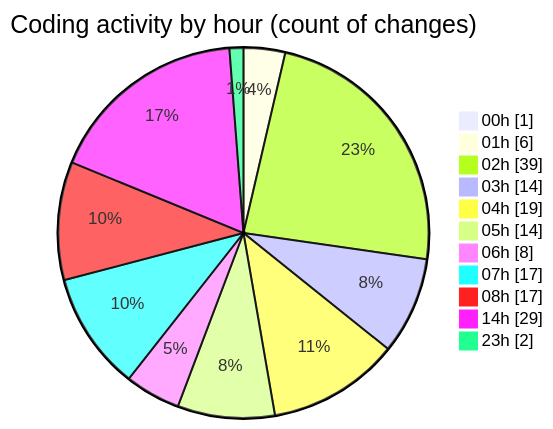
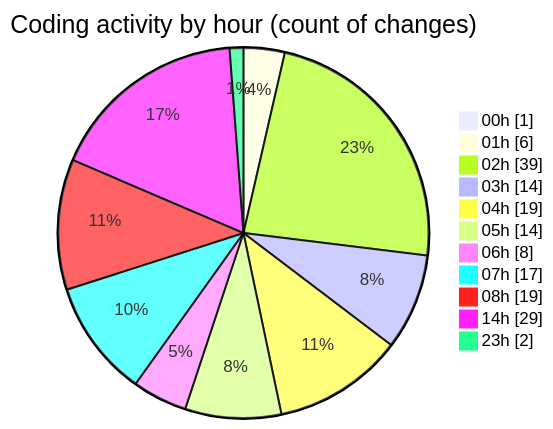
One commit to charlie-sans/code-tracking changed the second of 2 diagrams in 2025-02-19/masm/README.md. Above: the diagram before and after it, drawn with Mermaid. The commit also changed other lines of this file and 1 other file, not shown here.

````diff
--- a/2025-02-19/masm/README.md
+++ b/2025-02-19/masm/README.md
@@ -56,15 +56,15 @@
 ```mermaid
 pie showData
 title Coding activity by hour (count of changes)
 "00h" : 1
 "01h" : 6
 "02h" : 39
 "03h" : 14
 "04h" : 19
 "05h" : 14
 "06h" : 8
 "07h" : 17
-"08h" : 17
+"08h" : 19
 "14h" : 29
 "23h" : 2
 ```
````
